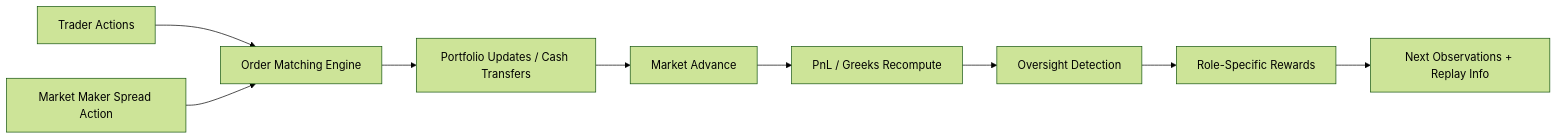
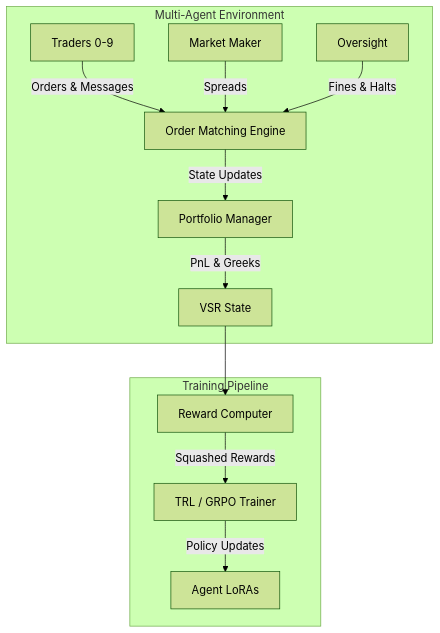
The first of 3 diagrams in ARCHITECTURE.md (Rusheel86/Chaos-Economy), drawn with Mermaid (forest theme) before and after one commit. The commit also changed other lines of this file, not shown here.

Commit message:
new architecture

````diff
--- a/ARCHITECTURE.md
+++ b/ARCHITECTURE.md
@@ -19,11 +9,17 @@
 ```mermaid
-flowchart LR
-    T["Trader Actions"] --> X["Order Matching Engine"]
-    MM["Market Maker Spread Action"] --> X
-    X --> P["Portfolio Updates / Cash Transfers"]
-    P --> M["Market Advance"]
-    M --> G["PnL / Greeks Recompute"]
-    G --> O["Oversight Detection"]
-    O --> R["Role-Specific Rewards"]
-    R --> OBS["Next Observations + Replay Info"]
+flowchart TD
+    subgraph Market_Environment [Multi-Agent Environment]
+        T["Traders 0-9"] -->|"Orders & Messages"| OME["Order Matching Engine"]
+        MM["Market Maker"] -->|"Spreads"| OME
+        SEC["Oversight"] -->|"Fines & Halts"| OME
+        
+        OME -->|"State Updates"| PM["Portfolio Manager"]
+        PM -->|"PnL & Greeks"| State["VSR State"]
+    end
+    
+    subgraph Training_Pipeline [Training Pipeline]
+        State --> RC["Reward Computer"]
+        RC -->|"Squashed Rewards"| GRPO["TRL / GRPO Trainer"]
+        GRPO -->|"Policy Updates"| Models["Agent LoRAs"]
+    end
 ```
````
